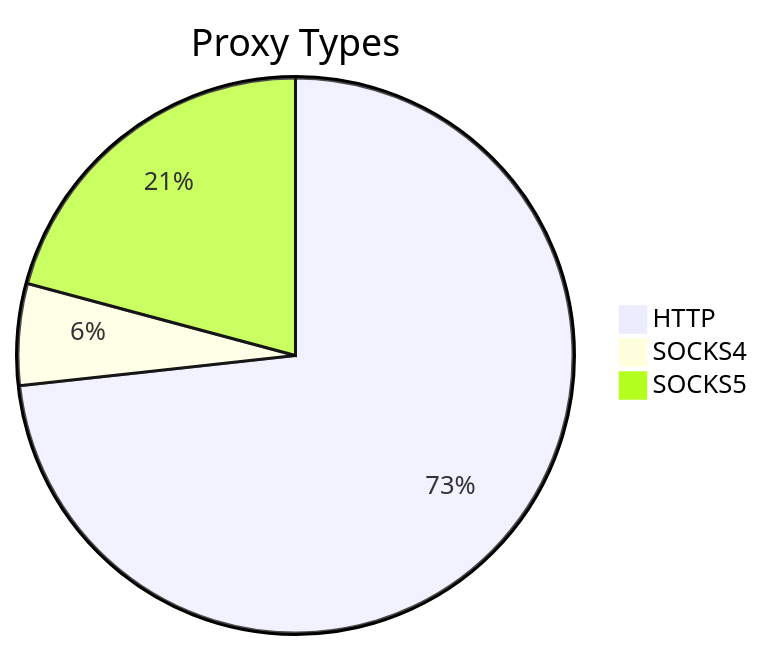
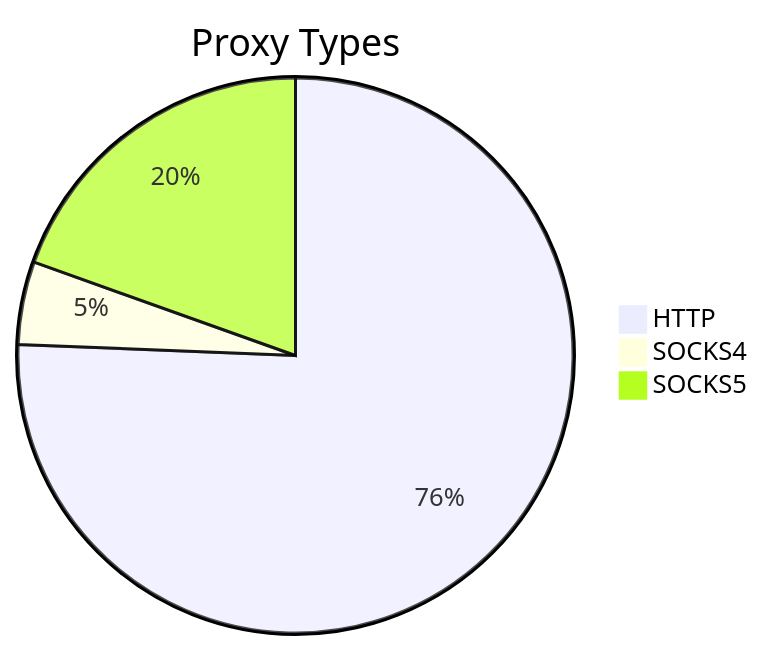
Before and after one commit to stormsia/proxy-list: the first of 2 diagrams in README.md, drawn with Mermaid. The commit also changed other lines of this file, not shown here.

````diff
--- a/README.md
+++ b/README.md
@@ -21,6 +21,6 @@
 ```mermaid
 pie title Proxy Types
-    "HTTP" : 285
-    "SOCKS4" : 23
-    "SOCKS5" : 81
+    "HTTP" : 298
+    "SOCKS4" : 19
+    "SOCKS5" : 77
 ```
````
